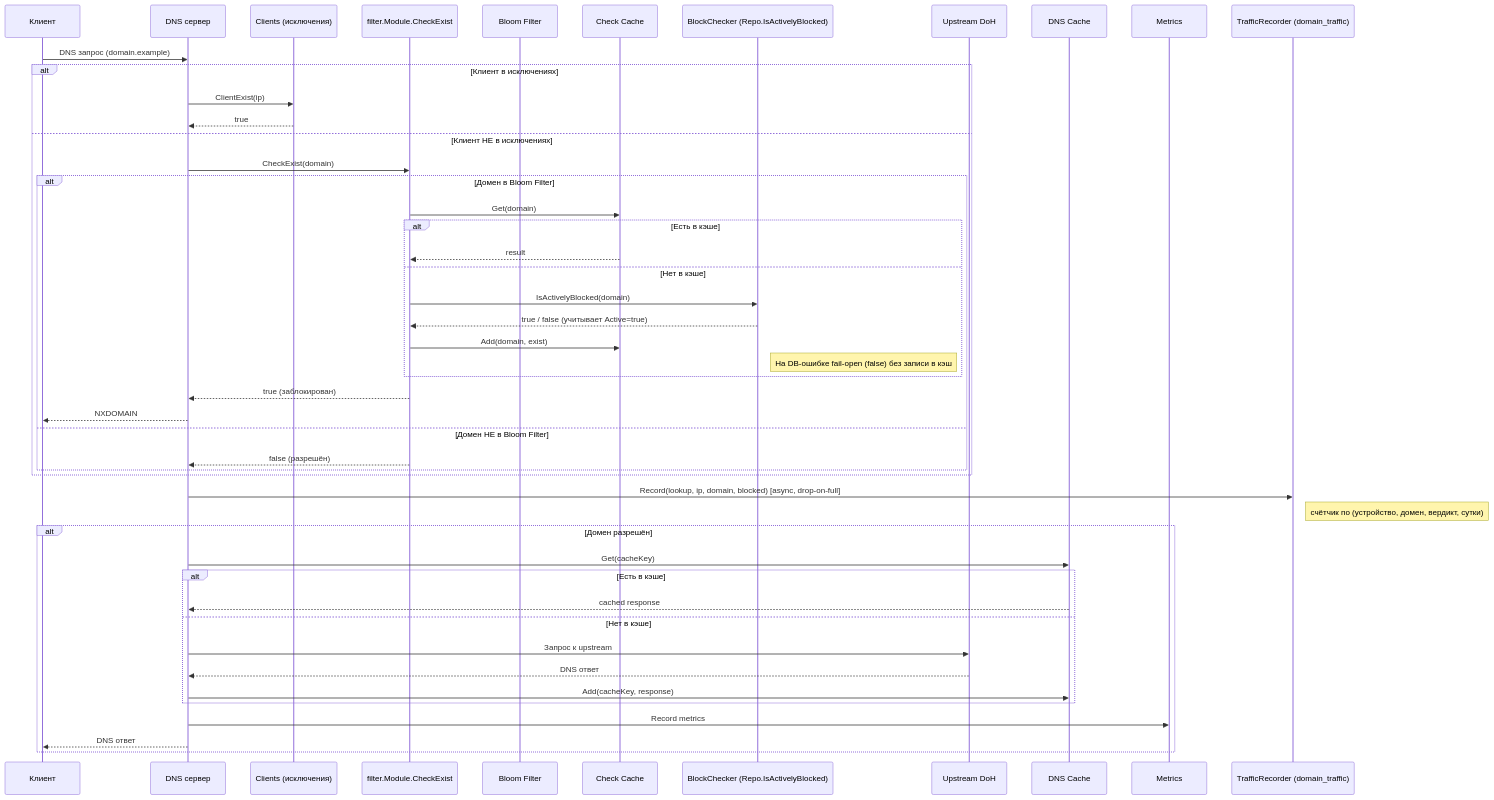
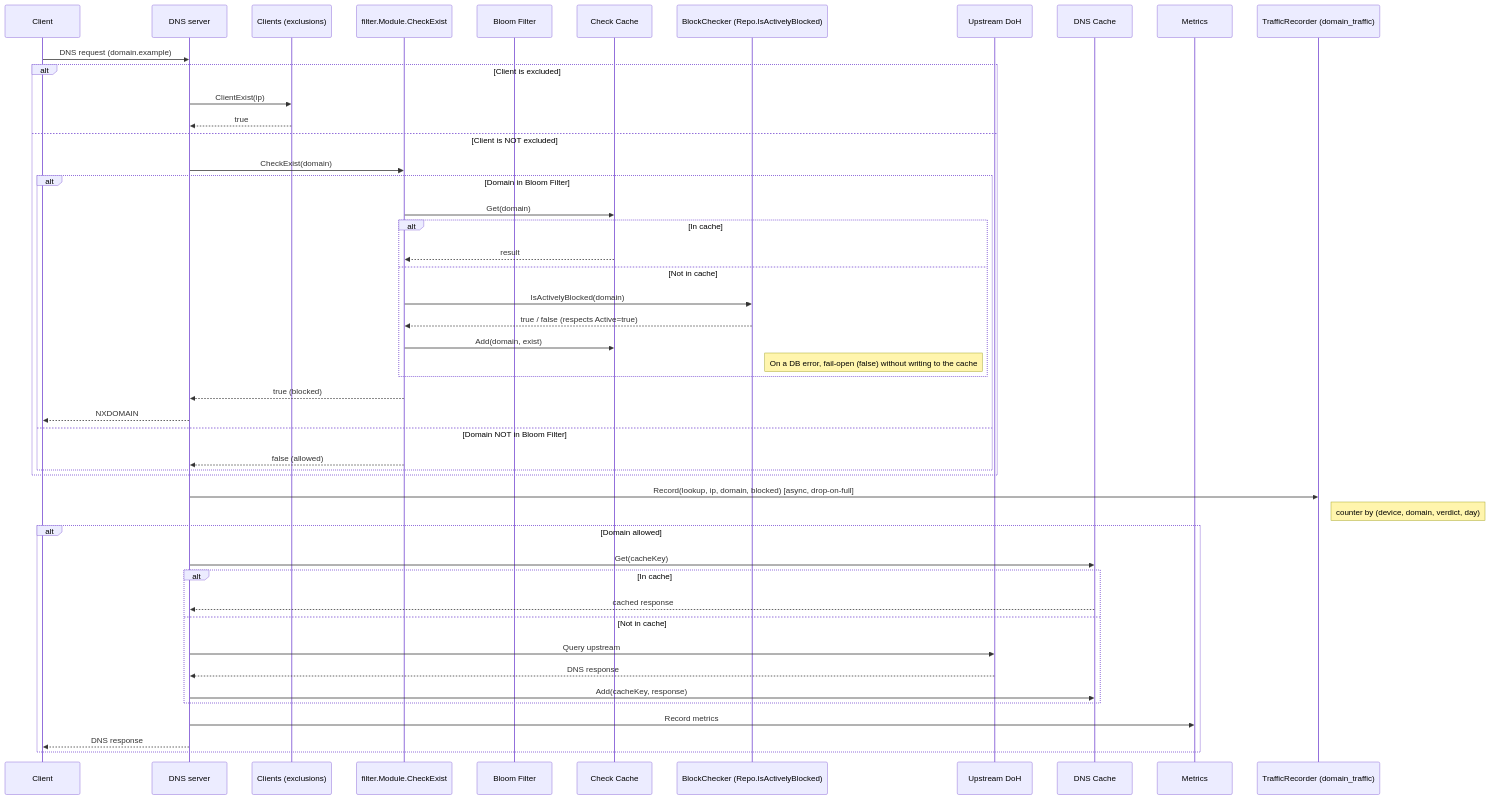
The second of 2 diagrams in ARCHITECTURE.md (alextorq/dns-filter), drawn with Mermaid before and after one commit. The commit also changed other lines of this file and 2 other files, not shown here.

Commit message:
docs: translate ARCHITECTURE.md to english

````diff
--- a/ARCHITECTURE.md
+++ b/ARCHITECTURE.md
@@ -627,59 +436,59 @@
 ```mermaid
 sequenceDiagram
-    participant C as Клиент
-    participant DNS as DNS сервер
-    participant Clients as Clients (исключения)
+    participant C as Client
+    participant DNS as DNS server
+    participant Clients as Clients (exclusions)
     participant Filter as filter.Module.CheckExist
     participant BF as Bloom Filter
     participant Cache as Check Cache
     participant DB as BlockChecker (Repo.IsActivelyBlocked)
     participant Up as Upstream DoH
     participant DnsCache as DNS Cache
     participant Metric as Metrics
     participant Traffic as TrafficRecorder (domain_traffic)
 
-    C->>DNS: DNS запрос (domain.example)
+    C->>DNS: DNS request (domain.example)
 
-    alt Клиент в исключениях
+    alt Client is excluded
         DNS->>Clients: ClientExist(ip)
         Clients-->>DNS: true
-    else Клиент НЕ в исключениях
+    else Client is NOT excluded
         DNS->>Filter: CheckExist(domain)
 
-        alt Домен в Bloom Filter
+        alt Domain in Bloom Filter
             Filter->>Cache: Get(domain)
 
-            alt Есть в кэше
+            alt In cache
                 Cache-->>Filter: result
-            else Нет в кэше
+            else Not in cache
                 Filter->>DB: IsActivelyBlocked(domain)
-                DB-->>Filter: true / false (учитывает Active=true)
+                DB-->>Filter: true / false (respects Active=true)
                 Filter->>Cache: Add(domain, exist)
-                Note right of DB: На DB-ошибке fail-open (false) без записи в кэш
+                Note right of DB: On a DB error, fail-open (false) without writing to the cache
             end
 
-            Filter-->>DNS: true (заблокирован)
+            Filter-->>DNS: true (blocked)
             DNS-->>C: NXDOMAIN
-        else Домен НЕ в Bloom Filter
-            Filter-->>DNS: false (разрешён)
+        else Domain NOT in Bloom Filter
+            Filter-->>DNS: false (allowed)
         end
     end
 
     DNS->>Traffic: Record(lookup, ip, domain, blocked) [async, drop-on-full]
-    Note right of Traffic: счётчик по (устройство, домен, вердикт, сутки)
+    Note right of Traffic: counter by (device, domain, verdict, day)
 
-    alt Домен разрешён
+    alt Domain allowed
         DNS->>DnsCache: Get(cacheKey)
         
-        alt Есть в кэше
+        alt In cache
             DnsCache-->>DNS: cached response
-        else Нет в кэше
-            DNS->>Up: Запрос к upstream
-            Up-->>DNS: DNS ответ
+        else Not in cache
+            DNS->>Up: Query upstream
+            Up-->>DNS: DNS response
             DNS->>DnsCache: Add(cacheKey, response)
         end
         
         DNS->>Metric: Record metrics
-        DNS-->>C: DNS ответ
+        DNS-->>C: DNS response
     end
 ```
````
